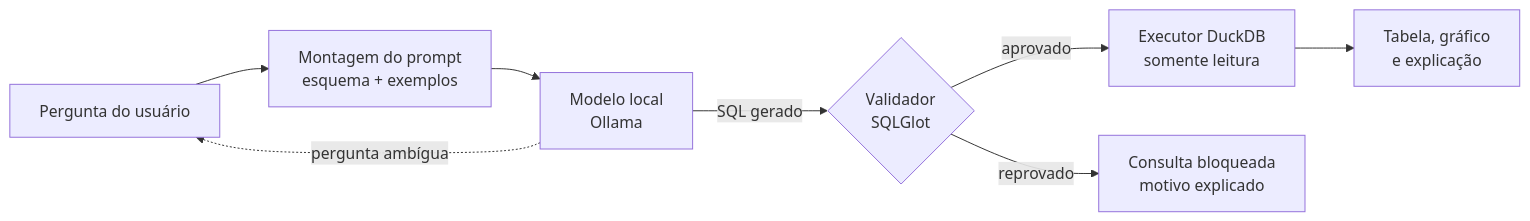
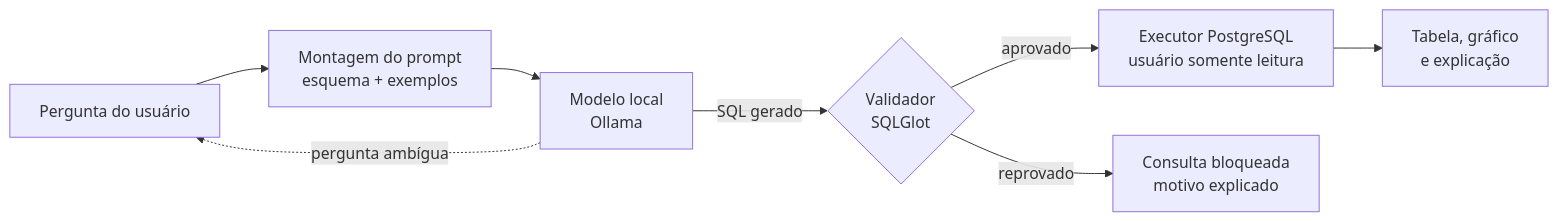
Before and after one commit to RogerioRocha1/text-to-sql-seguro: the diagram in README.md, drawn with Mermaid. The commit also changed other lines of this file and 12 other files, not shown here.

First line of the commit message:
Marco 2: carga das despesas de 2025 no PostgreSQL via Docker

````diff
--- a/README.md
+++ b/README.md
@@ -13,10 +13,10 @@
 ```mermaid
 flowchart LR
     P[Pergunta do usuário] --> M[Montagem do prompt<br/>esquema + exemplos]
     M --> L[Modelo local<br/>Ollama]
     L -->|SQL gerado| V{Validador<br/>SQLGlot}
     L -.->|pergunta ambígua| P
-    V -->|aprovado| E[Executor DuckDB<br/>somente leitura]
+    V -->|aprovado| E[Executor PostgreSQL<br/>usuário somente leitura]
     V -->|reprovado| B[Consulta bloqueada<br/>motivo explicado]
     E --> R[Tabela, gráfico<br/>e explicação]
 ```
````
